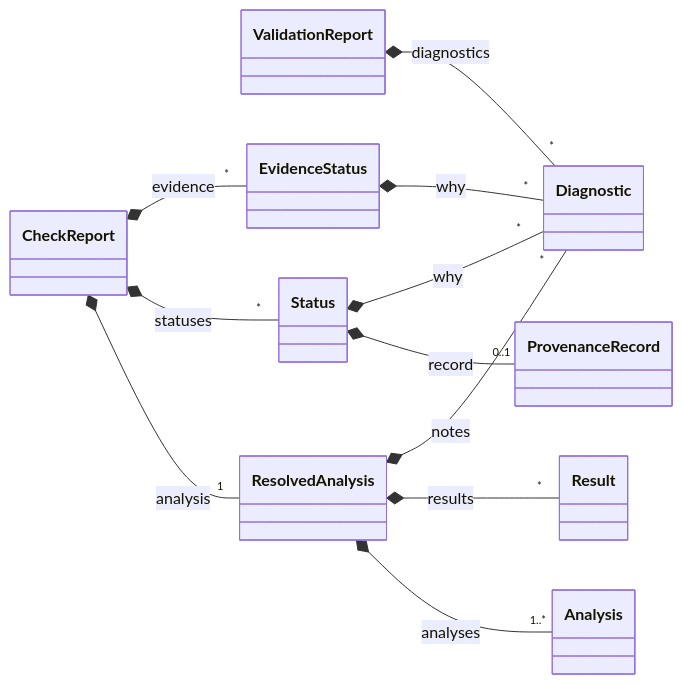
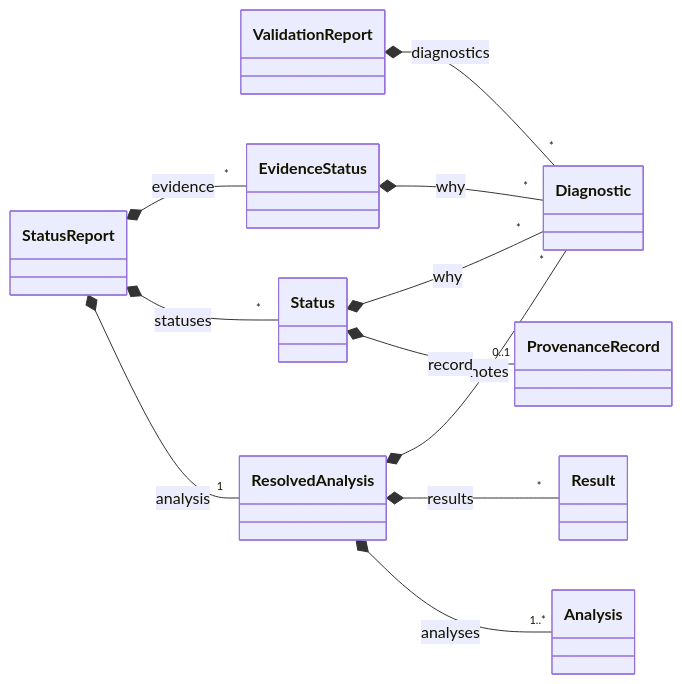
The first of 8 diagrams in docs/data-model.md (astra-project/astra-tools), drawn with Mermaid before and after one commit. The commit also changed other lines of this file and 26 other files, not shown here.

First line of the commit message:
API: status and init_analysis, named for what they give

````diff
--- a/docs/data-model.md
+++ b/docs/data-model.md
@@ -42,23 +42,23 @@
 ```mermaid
 classDiagram
   direction LR
   class ValidationReport
   class ResolvedAnalysis
-  class CheckReport
+  class StatusReport
   class Analysis
   class Result
   class Status
   class EvidenceStatus
   class ProvenanceRecord
   class Diagnostic
   ValidationReport *-- "*" Diagnostic : diagnostics
   ResolvedAnalysis *-- "1..*" Analysis : analyses
   ResolvedAnalysis *-- "*" Result : results
   ResolvedAnalysis *-- "*" Diagnostic : notes
-  CheckReport *-- "1" ResolvedAnalysis : analysis
-  CheckReport *-- "*" Status : statuses
-  CheckReport *-- "*" EvidenceStatus : evidence
+  StatusReport *-- "1" ResolvedAnalysis : analysis
+  StatusReport *-- "*" Status : statuses
+  StatusReport *-- "*" EvidenceStatus : evidence
   Status *-- "0..1" ProvenanceRecord : record
   Status *-- "*" Diagnostic : why
   EvidenceStatus *-- "*" Diagnostic : why
 ```
````
